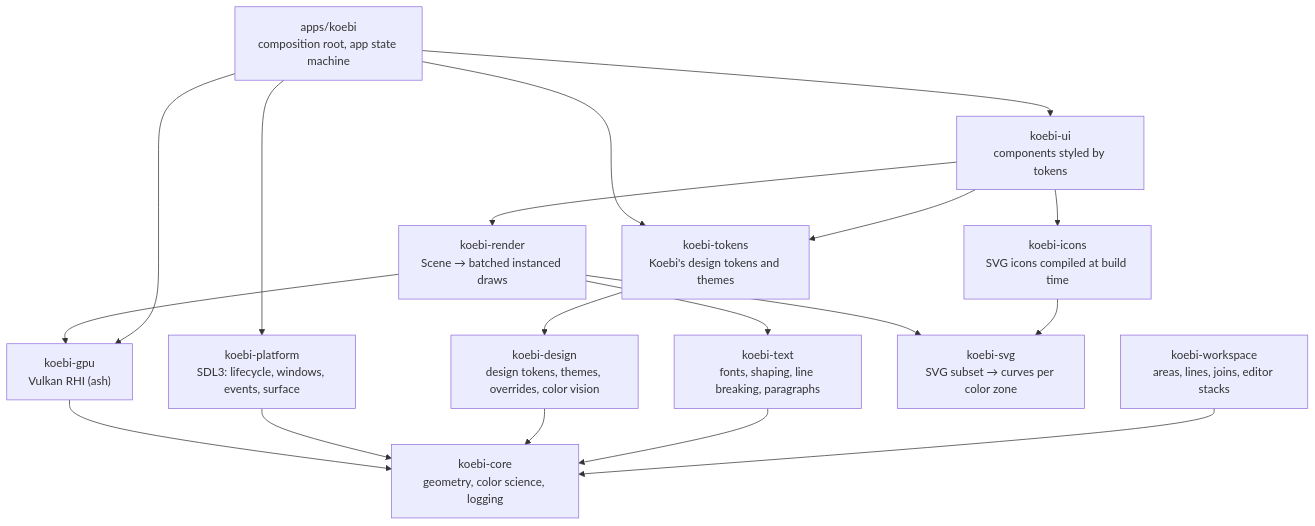
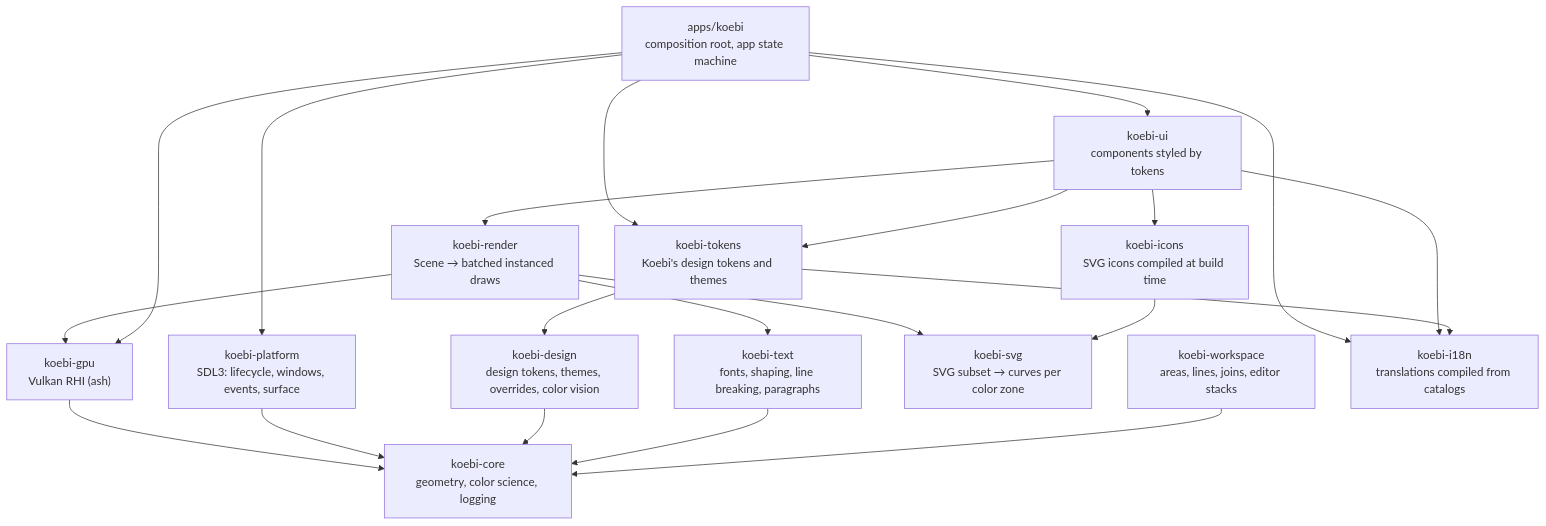
Before and after one commit to Kolosta/Koebi: the first of 2 diagrams in docs/architecture/overview.md, drawn with Mermaid. The commit also changed other lines of this file and 79 other files, not shown here.

Commit message:
feat(i18n): every message translatable, gettext catalogs compiled in, french and japanese complete (#227)

````diff
--- a/docs/architecture/overview.md
+++ b/docs/architecture/overview.md
@@ -8,25 +8,29 @@
 ```mermaid
 flowchart TD
     app["apps/koebi<br/>composition root, app state machine"]
     ui["koebi-ui<br/>components styled by tokens"]
     render["koebi-render<br/>Scene → batched instanced draws"]
     gpu["koebi-gpu<br/>Vulkan RHI (ash)"]
     platform["koebi-platform<br/>SDL3: lifecycle, windows, events, surface"]
     tokens["koebi-tokens<br/>Koebi's design tokens and themes"]
     design["koebi-design<br/>design tokens, themes, overrides, color vision"]
     text["koebi-text<br/>fonts, shaping, line breaking, paragraphs"]
     svg["koebi-svg<br/>SVG subset → curves per color zone"]
     icons["koebi-icons<br/>SVG icons compiled at build time"]
     workspace["koebi-workspace<br/>areas, lines, joins, editor stacks"]
+    i18n["koebi-i18n<br/>translations compiled from catalogs"]
     core["koebi-core<br/>geometry, color science, logging"]
     app --> ui --> render --> gpu --> core
     render --> text
     render --> svg
     ui --> icons --> svg
     app --> platform --> core
     app --> gpu
     app --> tokens
     ui --> tokens --> design --> core
     text --> core
     workspace --> core
+    app --> i18n
+    ui --> i18n
+    tokens --> i18n
 ```
````
